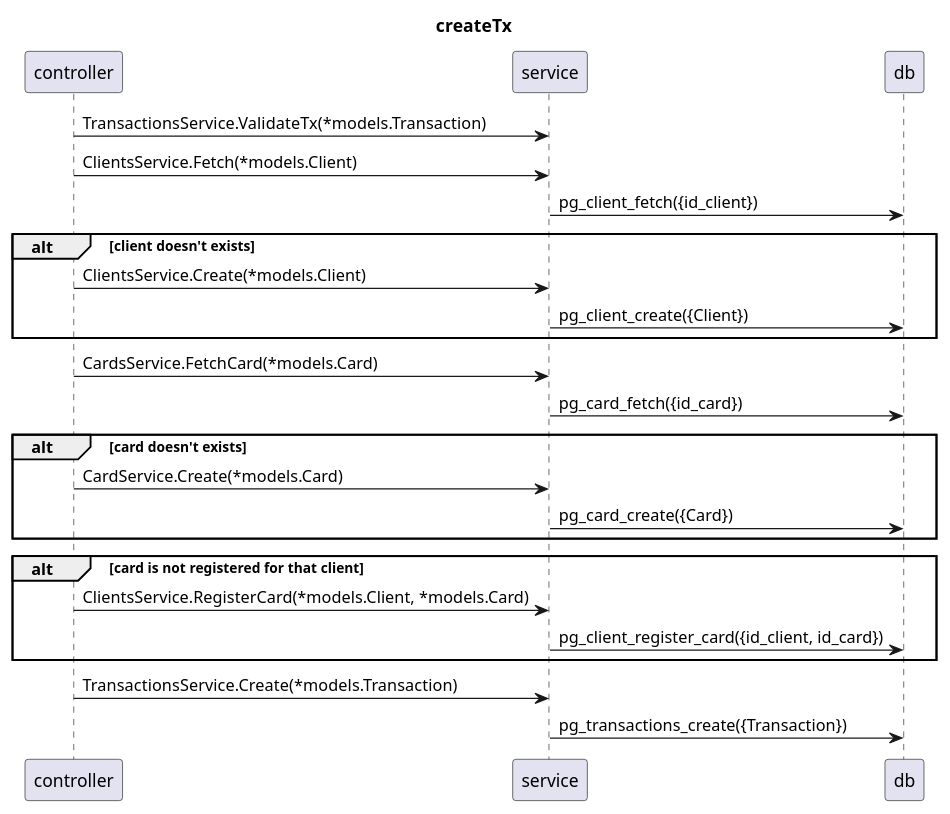
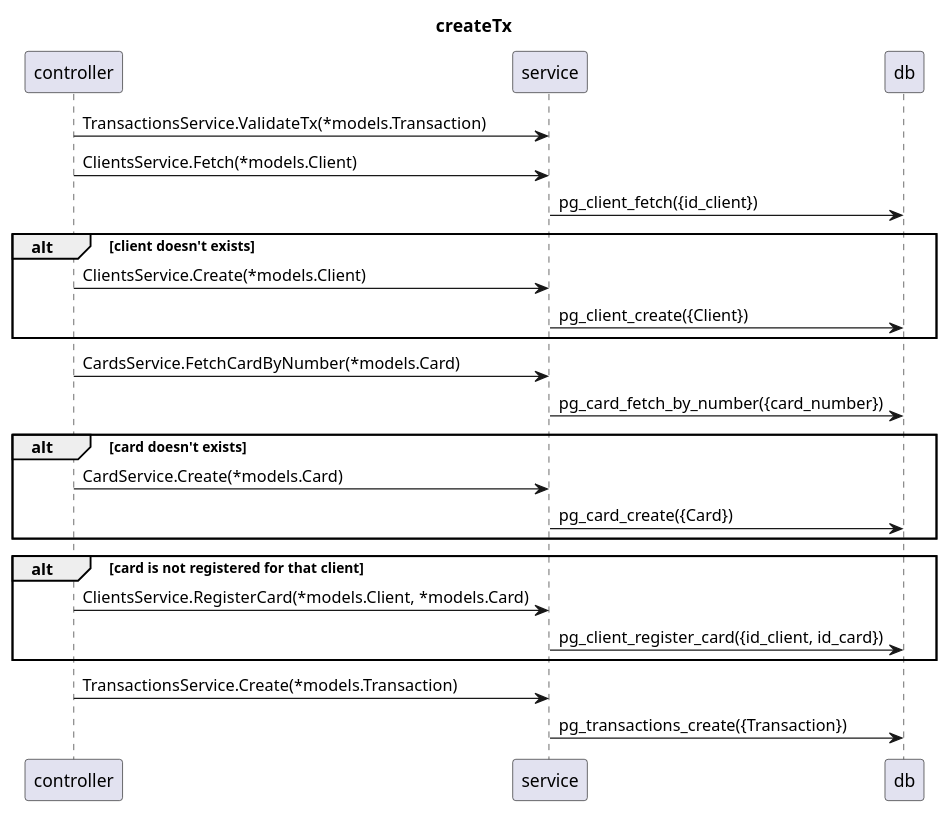
One commit to Farber98/vagas changed the diagram in internal/docs/sequenceDiagrams/createTx.puml. Above: the diagram before and after it, drawn with PlantUML. The commit also changed 6 other files, not shown here.

Commit message:
Added dictionary, models and first service.

```diff
--- a/internal/docs/sequenceDiagrams/createTx.puml
+++ b/internal/docs/sequenceDiagrams/createTx.puml
@@ -1,34 +1,34 @@
 @startuml
 title createTx
 skinparam responseMessageBelowArrow true
 controller -> service : TransactionsService.ValidateTx(*models.Transaction)
 controller -> service : ClientsService.Fetch(*models.Client)
 service -> db : pg_client_fetch({id_client})
 alt client doesn't exists
 
     controller -> service: ClientsService.Create(*models.Client)
     service -> db : pg_client_create({Client})
 
 end
 
-controller -> service : CardsService.FetchCard(*models.Card)
-service -> db : pg_card_fetch({id_card})
+controller -> service : CardsService.FetchCardByNumber(*models.Card)
+service -> db : pg_card_fetch_by_number({card_number})
 
 alt card doesn't exists
 
     controller -> service: CardService.Create(*models.Card)
     service -> db : pg_card_create({Card})
 
 end
 
 alt card is not registered for that client
 
     controller -> service: ClientsService.RegisterCard(*models.Client, *models.Card)
     service -> db : pg_client_register_card({id_client, id_card})
 
 end
 
 controller -> service : TransactionsService.Create(*models.Transaction)
 service -> db : pg_transactions_create({Transaction})
 
 @enduml
```
